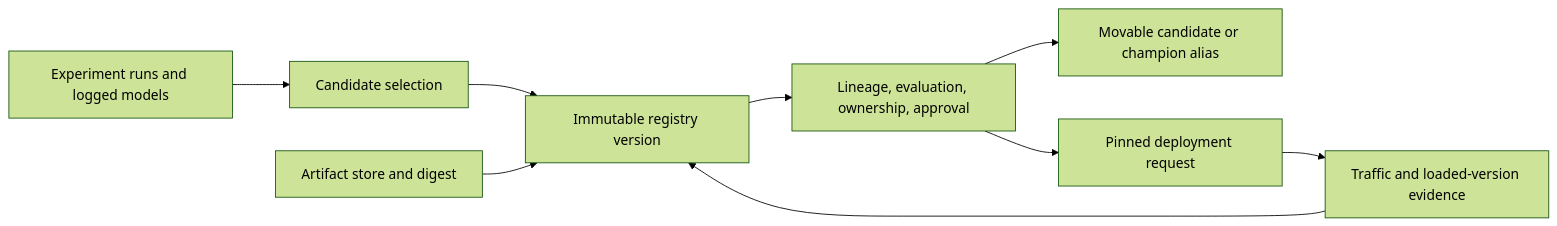
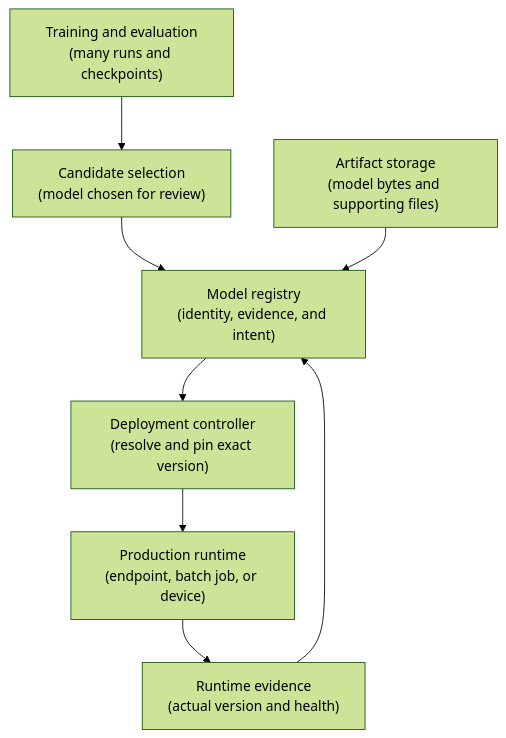
Before and after one commit to senlinyy/dev-roadmaps: the first of 6 diagrams in roadmaps/mlops/modules/experiments-and-reproducibility/tools-and-registries/02-model-registries-explained.md, drawn with Mermaid (forest theme). The commit also changed other lines of this file and 198 other files, not shown here.

````diff
--- a/roadmaps/mlops/modules/experiments-and-reproducibility/tools-and-registries/02-model-registries-explained.md
+++ b/roadmaps/mlops/modules/experiments-and-reproducibility/tools-and-registries/02-model-registries-explained.md
@@ -33,11 +48,10 @@
 ```mermaid
-flowchart LR
-    Runs["Experiment runs and logged models"] --> Select["Candidate selection"]
-    Select --> Registry["Immutable registry version"]
-    Artifact["Artifact store and digest"] --> Registry
-    Registry --> Evidence["Lineage, evaluation, ownership, approval"]
-    Evidence --> Alias["Movable candidate or champion alias"]
-    Evidence --> Release["Pinned deployment request"]
-    Release --> Runtime["Traffic and loaded-version evidence"]
-    Runtime --> Registry
+flowchart TD
+    R["Training and evaluation<br/>(many runs and checkpoints)"] --> S["Candidate selection<br/>(model chosen for review)"]
+    S --> G["Model registry<br/>(identity, evidence, and intent)"]
+    A["Artifact storage<br/>(model bytes and supporting files)"] --> G
+    G --> D["Deployment controller<br/>(resolve and pin exact version)"]
+    D --> P["Production runtime<br/>(endpoint, batch job, or device)"]
+    P --> O["Runtime evidence<br/>(actual version and health)"]
+    O --> G
 ```
````
